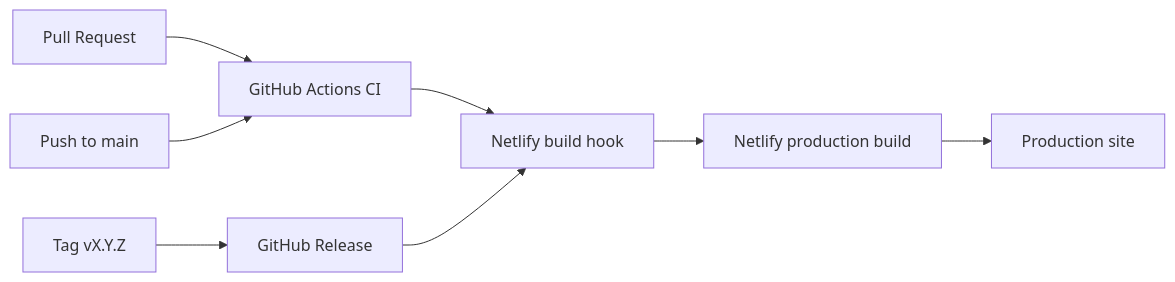
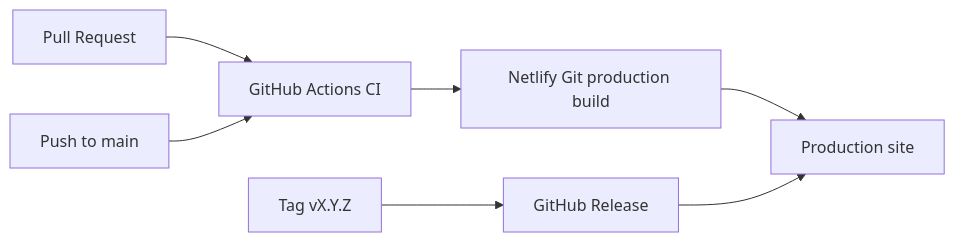
Before and after one commit to StepanDrogin/ali-clone: the diagram in docs/production.md, drawn with Mermaid. The commit also changed other lines of this file and 4 other files, not shown here.

````diff
--- a/docs/production.md
+++ b/docs/production.md
@@ -68,10 +68,9 @@
 ```mermaid
 flowchart LR
   PR[Pull Request] --> CI[GitHub Actions CI]
   Main[Push to main] --> CI
-  CI --> Hook[Netlify build hook]
-  Hook --> Build[Netlify production build]
+  CI --> Build[Netlify Git production build]
   Build --> Site[Production site]
   Tag[Tag vX.Y.Z] --> Release[GitHub Release]
-  Release --> Hook
+  Release --> Site
 ```
````
